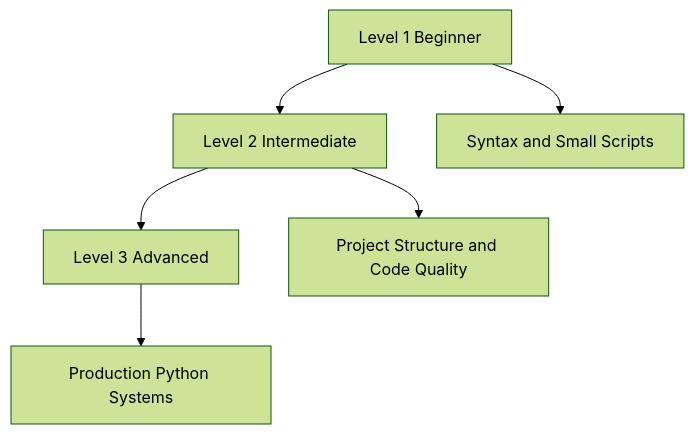
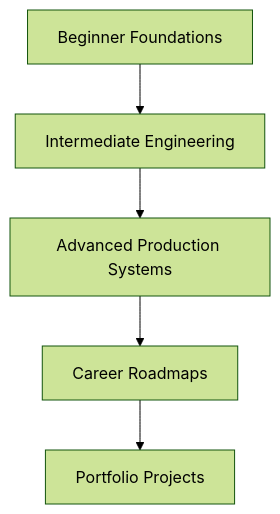
The diagram in python-learning-roadmap/README.md (SYMOIZ/E-Learning-Portal), drawn with Mermaid (forest theme) before and after one commit. The commit also changed other lines of this file and 1 other file, not shown here.

Commit message:
Expand Python knowledge base README

````diff
--- a/python-learning-roadmap/README.md
+++ b/python-learning-roadmap/README.md
@@ -106,8 +163,7 @@
 ```mermaid
 flowchart TD
-    A[Level 1 Beginner] --> B[Level 2 Intermediate]
-    B --> C[Level 3 Advanced]
-    A --> D[Syntax and Small Scripts]
-    B --> E[Project Structure and Code Quality]
-    C --> F[Production Python Systems]
+    A[Beginner Foundations] --> B[Intermediate Engineering]
+    B --> C[Advanced Production Systems]
+    C --> D[Career Roadmaps]
+    D --> E[Portfolio Projects]
 ```
````
